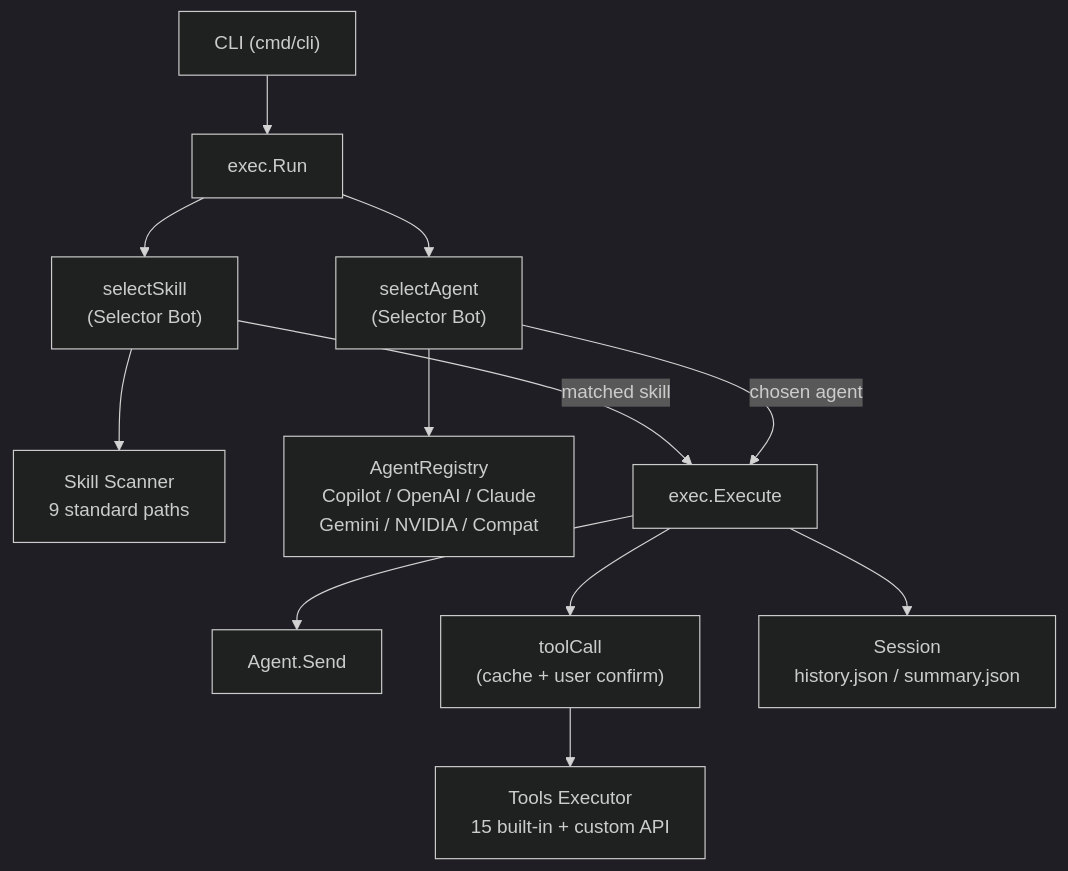
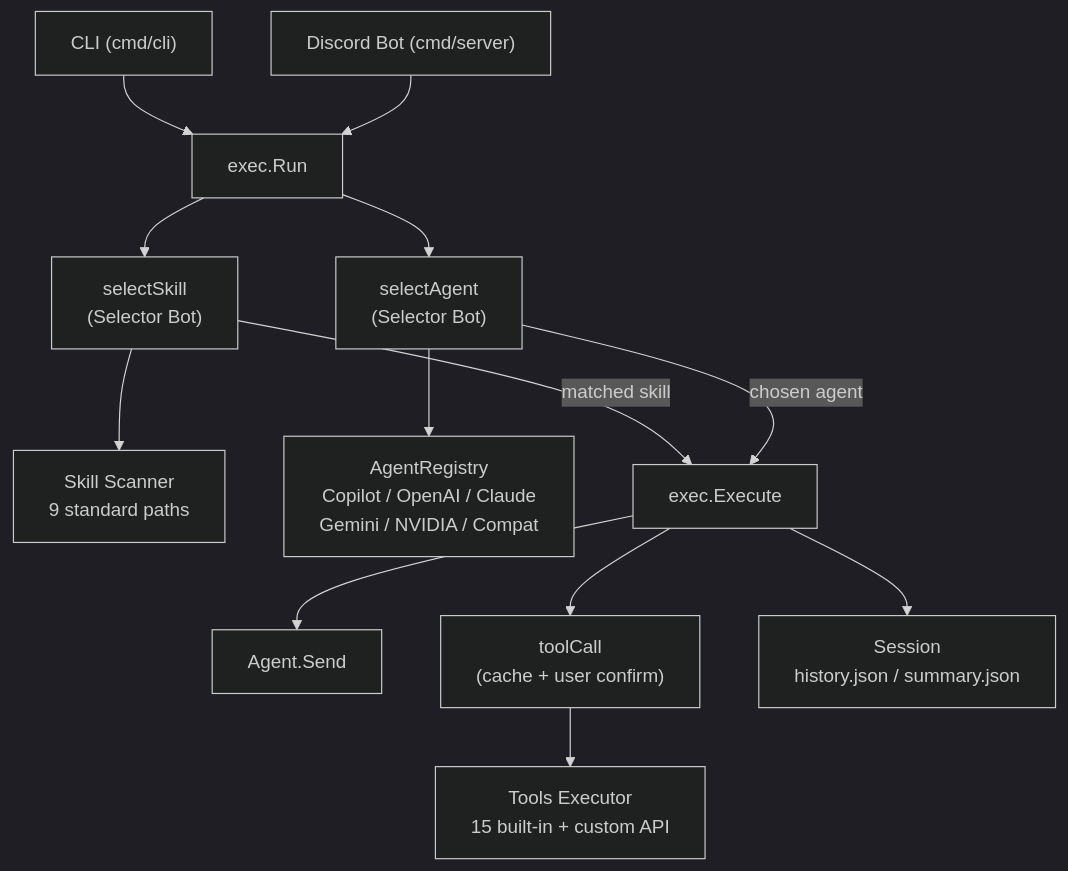
The diagram in README.md (pardnchiu/agenvoy), drawn with Mermaid (dark theme) before and after one commit. The commit also changed other lines of this file and 14 other files, not shown here.

````diff
--- a/README.md
+++ b/README.md
@@ -44,14 +44,15 @@
 ```mermaid
 graph TB
     CLI["CLI (cmd/cli)"] --> Run["exec.Run"]
+    Discord["Discord Bot (cmd/server)"] --> Run
     Run --> SelSkill["selectSkill\n(Selector Bot)"]
     Run --> SelAgent["selectAgent\n(Selector Bot)"]
     SelSkill --> Skills["Skill Scanner\n9 standard paths"]
     SelAgent --> Registry["AgentRegistry\nCopilot / OpenAI / Claude\nGemini / NVIDIA / Compat"]
     SelSkill -- "matched skill" --> Execute["exec.Execute"]
     SelAgent -- "chosen agent" --> Execute
     Execute --> Agent["Agent.Send"]
     Execute --> ToolCall["toolCall\n(cache + user confirm)"]
     ToolCall --> Tools["Tools Executor\n15 built-in + custom API"]
     Execute --> Session["Session\nhistory.json / summary.json"]
 ```
````
